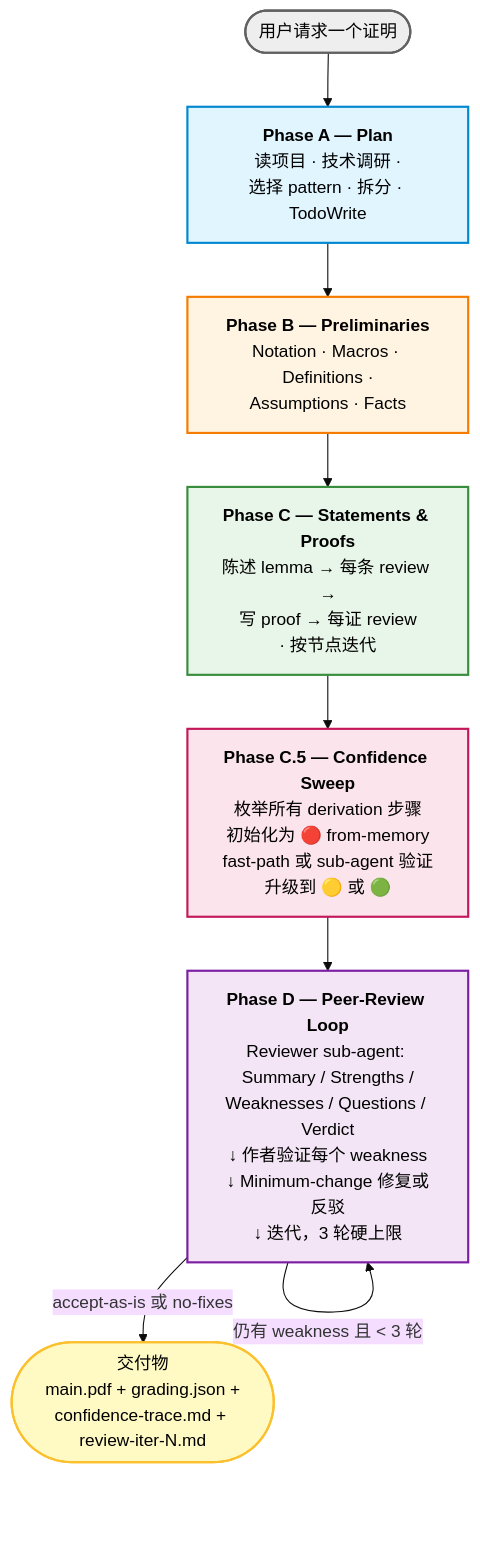
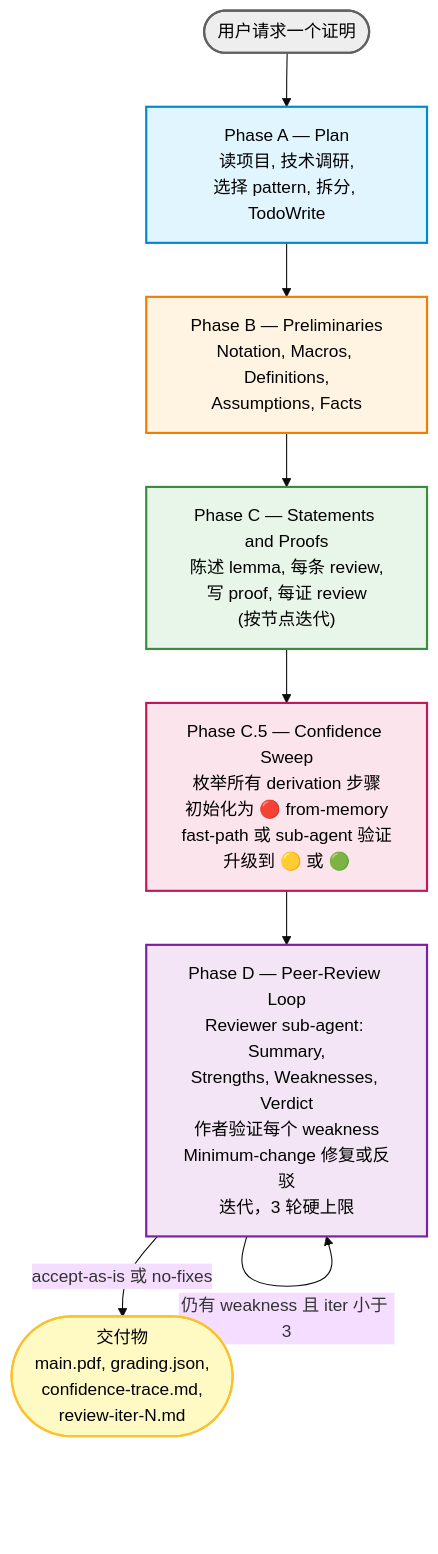
Before and after one commit to ChristianYang37/DLT-Proof-Writing-Skill: the first of 2 diagrams in README.zh.md, drawn with Mermaid (base theme). The commit also changed other lines of this file and 1 other file, not shown here.

First line of the commit message:
Fix Mermaid rendering on GitHub: quote labels, drop <b>, replace bare &

````diff
--- a/README.zh.md
+++ b/README.zh.md
@@ -44,19 +44,19 @@
 ```mermaid
 flowchart TD
-    Start([用户请求一个证明]) --> A
-    A[<b>Phase A — Plan</b><br/>读项目 · 技术调研 ·<br/>选择 pattern · 拆分 · TodoWrite] --> B
-    B[<b>Phase B — Preliminaries</b><br/>Notation · Macros · Definitions ·<br/>Assumptions · Facts] --> C
-    C[<b>Phase C — Statements & Proofs</b><br/>陈述 lemma → 每条 review →<br/>写 proof → 每证 review<br/>· 按节点迭代] --> CC
-    CC[<b>Phase C.5 — Confidence Sweep</b><br/>枚举所有 derivation 步骤<br/>初始化为 🔴 from-memory<br/>fast-path 或 sub-agent 验证<br/>升级到 🟡 或 🟢] --> D
-    D[<b>Phase D — Peer-Review Loop</b><br/>Reviewer sub-agent: Summary / Strengths /<br/>Weaknesses / Questions / Verdict<br/>↓ 作者验证每个 weakness<br/>↓ Minimum-change 修复或反驳<br/>↓ 迭代，3 轮硬上限]
-    D -->|accept-as-is 或 no-fixes| Out([交付物<br/>main.pdf + grading.json +<br/>confidence-trace.md + review-iter-N.md])
-    D -->|仍有 weakness 且 < 3 轮| D
+    Start(["用户请求一个证明"]) --> A
+    A["Phase A — Plan<br/>读项目, 技术调研,<br/>选择 pattern, 拆分, TodoWrite"] --> B
+    B["Phase B — Preliminaries<br/>Notation, Macros, Definitions,<br/>Assumptions, Facts"] --> C
+    C["Phase C — Statements and Proofs<br/>陈述 lemma, 每条 review,<br/>写 proof, 每证 review<br/>(按节点迭代)"] --> CC
+    CC["Phase C.5 — Confidence Sweep<br/>枚举所有 derivation 步骤<br/>初始化为 🔴 from-memory<br/>fast-path 或 sub-agent 验证<br/>升级到 🟡 或 🟢"] --> D
+    D["Phase D — Peer-Review Loop<br/>Reviewer sub-agent: Summary,<br/>Strengths, Weaknesses, Verdict<br/>作者验证每个 weakness<br/>Minimum-change 修复或反驳<br/>迭代，3 轮硬上限"]
+    D -->|"accept-as-is 或 no-fixes"| Out(["交付物<br/>main.pdf, grading.json,<br/>confidence-trace.md,<br/>review-iter-N.md"])
+    D -->|"仍有 weakness 且 iter 小于 3"| D
 
     style A fill:#e1f5ff,stroke:#0288d1,stroke-width:2px,color:#000
     style B fill:#fff4e1,stroke:#f57c00,stroke-width:2px,color:#000
     style C fill:#e8f5e9,stroke:#388e3c,stroke-width:2px,color:#000
     style CC fill:#fce4ec,stroke:#c2185b,stroke-width:2px,color:#000
     style D fill:#f3e5f5,stroke:#7b1fa2,stroke-width:2px,color:#000
     style Out fill:#fff9c4,stroke:#fbc02d,stroke-width:2px,color:#000
     style Start fill:#eeeeee,stroke:#616161,stroke-width:2px,color:#000
 ```
````
